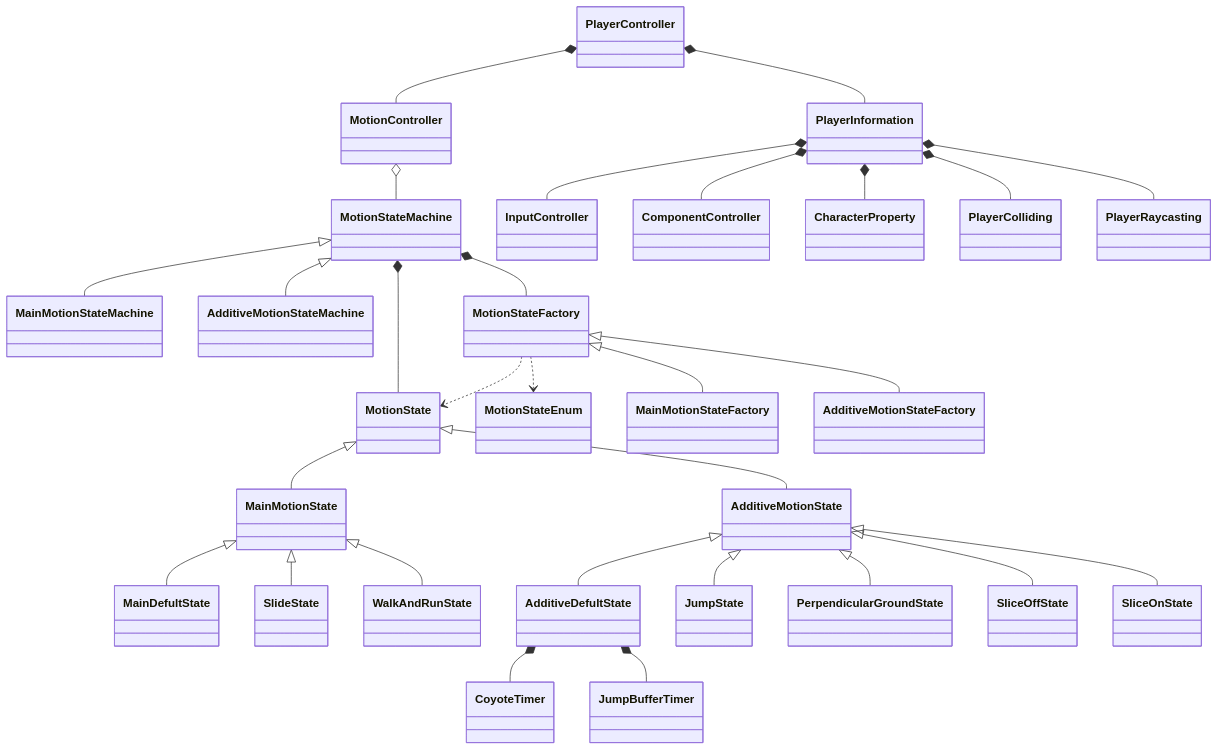
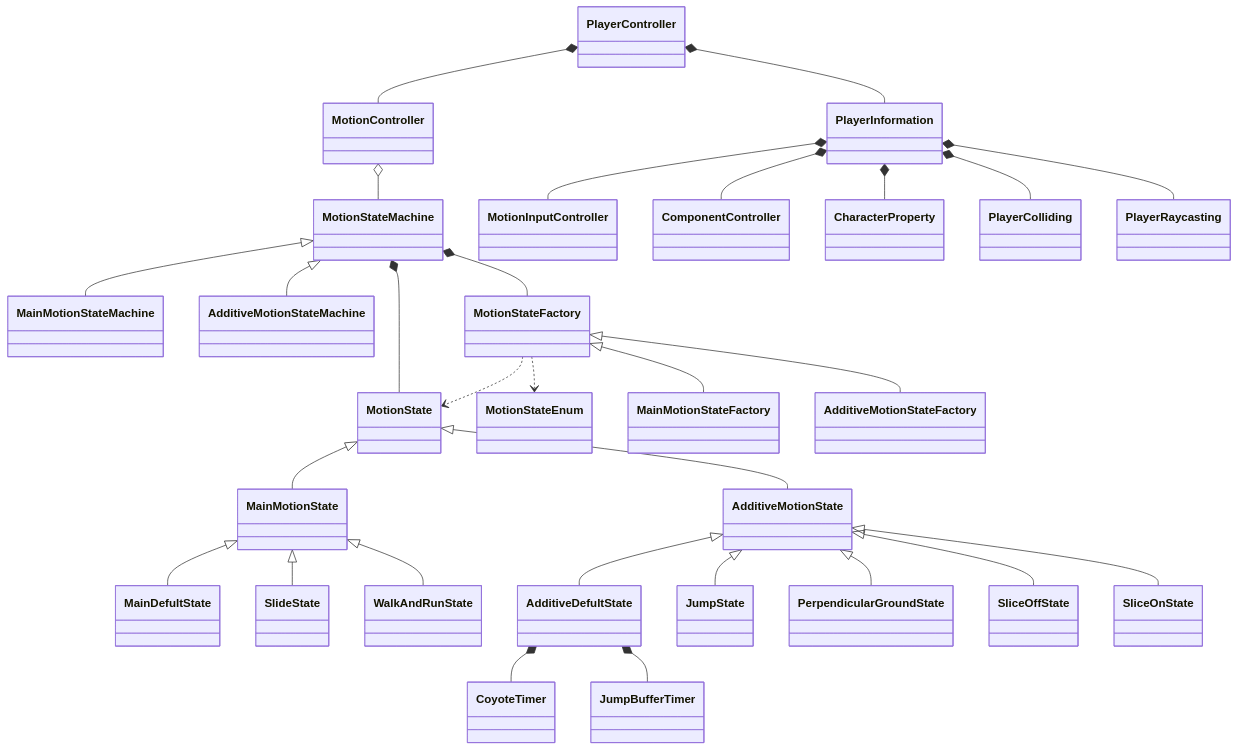
Before and after one commit to flicker-studio/RimeEditor: the third of 3 diagrams in README.md, drawn with Mermaid. The commit also changed other lines of this file and 29 other files, not shown here.

````diff
--- a/README.md
+++ b/README.md
@@ -141,31 +143,31 @@
 ```mermaid
 classDiagram
 MotionStateMachine <|-- MainMotionStateMachine
 MotionStateMachine <|-- AdditiveMotionStateMachine
 MotionStateMachine *-- MotionState
 MotionStateMachine *-- MotionStateFactory
 MotionStateFactory ..> MotionState
 MotionStateFactory ..> MotionStateEnum
 MotionStateFactory <|-- MainMotionStateFactory
 MotionStateFactory <|-- AdditiveMotionStateFactory
 MotionController o-- MotionStateMachine
 PlayerController *-- MotionController
-PlayerInformation *-- InputController
+PlayerInformation *-- MotionInputController
 PlayerInformation *-- ComponentController
 PlayerController *-- PlayerInformation
 PlayerInformation *-- CharacterProperty
 PlayerInformation *-- PlayerColliding
 PlayerInformation *-- PlayerRaycasting
 AdditiveDefultState *-- CoyoteTimer
 AdditiveDefultState *-- JumpBufferTimer
 MainMotionState <|-- MainDefultState
 MainMotionState <|-- SlideState
 AdditiveMotionState <|-- AdditiveDefultState
 MainMotionState <|-- WalkAndRunState
 AdditiveMotionState <|-- JumpState
 AdditiveMotionState <|-- PerpendicularGroundState
 AdditiveMotionState <|-- SliceOffState
 AdditiveMotionState <|-- SliceOnState
 MotionState <|-- MainMotionState
 MotionState <|-- AdditiveMotionState
 ```
````
